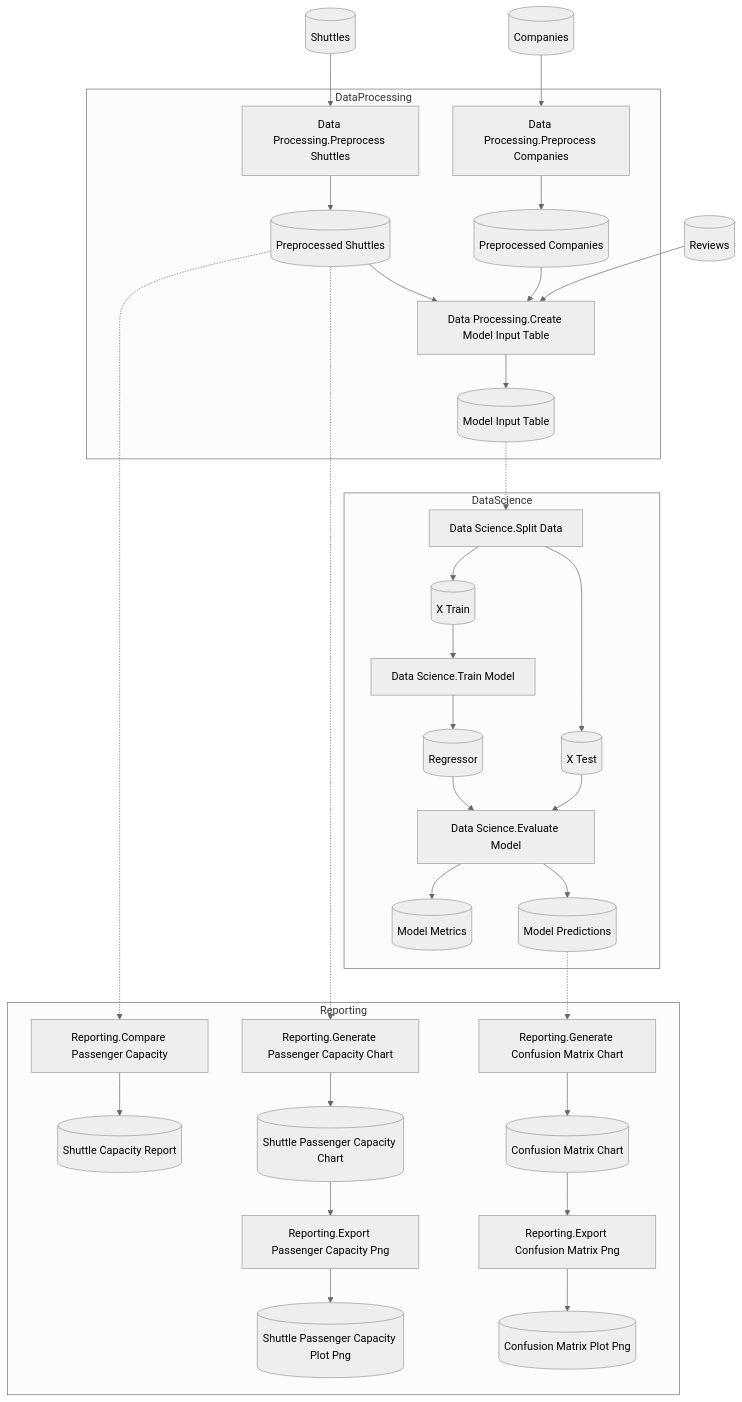
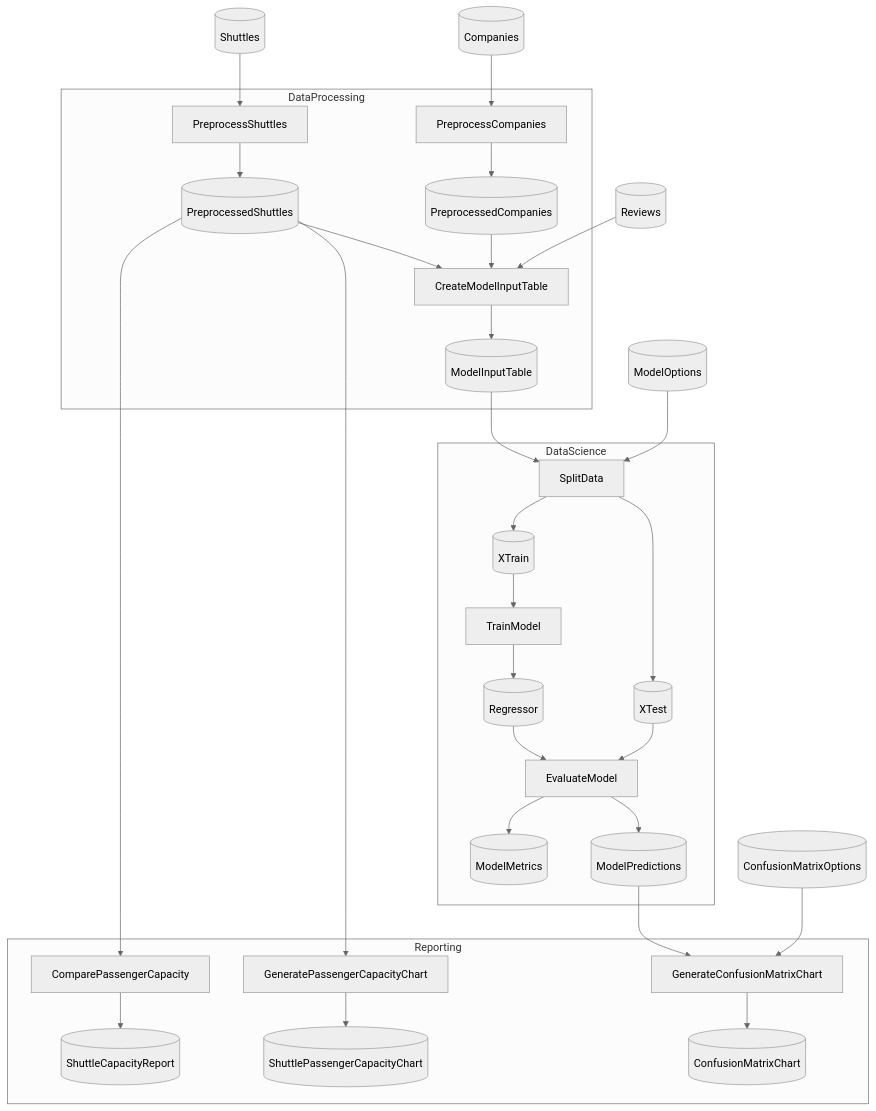
One commit to chaoticgoodcomputing/flowthru changed the diagram in examples/starter/KedroSpaceflights/README.md. Above: the diagram before and after it, drawn with Mermaid (neutral theme). The commit also changed other lines of this file and 75 other files, not shown here.

````diff
--- a/examples/starter/KedroSpaceflights/README.md
+++ b/examples/starter/KedroSpaceflights/README.md
@@ -24,75 +25,67 @@
 ```mermaid
 flowchart TB
 
     %% External Data Inputs
     Companies[("Companies")]
+    ConfusionMatrixOptions[("ConfusionMatrixOptions")]
+    ModelOptions[("ModelOptions")]
+    Reviews[("Reviews")]
     Shuttles[("Shuttles")]
-    Reviews[("Reviews")]
 
     subgraph DataProcessing["DataProcessing"]
-        DataProcessing_PreprocessCompanies["Data Processing.Preprocess Companies"]
-        DataProcessing_PreprocessShuttles["Data Processing.Preprocess Shuttles"]
-        DataProcessing_CreateModelInputTable["Data Processing.Create Model Input Table"]
-        PreprocessedCompanies[("Preprocessed Companies")]
-        PreprocessedShuttles[("Preprocessed Shuttles")]
-        ModelInputTable[("Model Input Table")]
-
-        DataProcessing_PreprocessCompanies --> PreprocessedCompanies
-        DataProcessing_PreprocessShuttles --> PreprocessedShuttles
-        PreprocessedShuttles --> DataProcessing_CreateModelInputTable
-        PreprocessedCompanies --> DataProcessing_CreateModelInputTable
-        DataProcessing_CreateModelInputTable --> ModelInputTable
+        PreprocessCompanies["PreprocessCompanies"]
+        PreprocessedCompanies[("PreprocessedCompanies")]
+        PreprocessShuttles["PreprocessShuttles"]
+        PreprocessedShuttles[("PreprocessedShuttles")]
+        CreateModelInputTable["CreateModelInputTable"]
+        ModelInputTable[("ModelInputTable")]
     end
 
     subgraph DataScience["DataScience"]
-        DataScience_SplitData["Data Science.Split Data"]
-        DataScience_TrainModel["Data Science.Train Model"]
-        DataScience_EvaluateModel["Data Science.Evaluate Model"]
-        XTrain[("X Train")]
-        XTest[("X Test")]
+        SplitData["SplitData"]
+        XTrain[("XTrain")]
+        XTest[("XTest")]
+        TrainModel["TrainModel"]
         Regressor[("Regressor")]
-        ModelMetrics[("Model Metrics")]
-        ModelPredictions[("Model Predictions")]
-
-        DataScience_SplitData --> XTrain
-        DataScience_SplitData --> XTest
-        XTrain --> DataScience_TrainModel
-        DataScience_TrainModel --> Regressor
-        Regressor --> DataScience_EvaluateModel
-        XTest --> DataScience_EvaluateModel
-        DataScience_EvaluateModel --> ModelMetrics
-        DataScience_EvaluateModel --> ModelPredictions
+        EvaluateModel["EvaluateModel"]
+        ModelMetrics[("ModelMetrics")]
+        ModelPredictions[("ModelPredictions")]
     end
 
     subgraph Reporting["Reporting"]
-        Reporting_ComparePassengerCapacity["Reporting.Compare Passenger Capacity"]
-        Reporting_GeneratePassengerCapacityChart["Reporting.Generate Passenger Capacity Chart"]
-        Reporting_ExportPassengerCapacityPng["Reporting.Export Passenger Capacity Png"]
-        Reporting_GenerateConfusionMatrixChart["Reporting.Generate Confusion Matrix Chart"]
-        Reporting_ExportConfusionMatrixPng["Reporting.Export Confusion Matrix Png"]
-        ShuttleCapacityReport[("Shuttle Capacity Report")]
-        ShuttlePassengerCapacityChart[("Shuttle Passenger Capacity Chart")]
-        ShuttlePassengerCapacityPlotPng[("Shuttle Passenger Capacity Plot Png")]
-        ConfusionMatrixChart[("Confusion Matrix Chart")]
-        ConfusionMatrixPlotPng[("Confusion Matrix Plot Png")]
-
-        Reporting_ComparePassengerCapacity --> ShuttleCapacityReport
-        Reporting_GeneratePassengerCapacityChart --> ShuttlePassengerCapacityChart
-        ShuttlePassengerCapacityChart --> Reporting_ExportPassengerCapacityPng
-        Reporting_ExportPassengerCapacityPng --> ShuttlePassengerCapacityPlotPng
-        Reporting_GenerateConfusionMatrixChart --> ConfusionMatrixChart
-        ConfusionMatrixChart --> Reporting_ExportConfusionMatrixPng
-        Reporting_ExportConfusionMatrixPng --> ConfusionMatrixPlotPng
+        ComparePassengerCapacity["ComparePassengerCapacity"]
+        ShuttleCapacityReport[("ShuttleCapacityReport")]
+        GeneratePassengerCapacityChart["GeneratePassengerCapacityChart"]
+        ShuttlePassengerCapacityChart[("ShuttlePassengerCapacityChart")]
+        GenerateConfusionMatrixChart["GenerateConfusionMatrixChart"]
+        ConfusionMatrixChart[("ConfusionMatrixChart")]
     end
 
-    %% External Data to Flow Edges
-    Companies --> DataProcessing_PreprocessCompanies
-    Shuttles --> DataProcessing_PreprocessShuttles
-    Reviews --> DataProcessing_CreateModelInputTable
+    %% Edges
+    Companies --> PreprocessCompanies
+    PreprocessCompanies --> PreprocessedCompanies
+    Shuttles --> PreprocessShuttles
+    PreprocessShuttles --> PreprocessedShuttles
+    PreprocessedShuttles --> CreateModelInputTable
+    PreprocessedCompanies --> CreateModelInputTable
+    Reviews --> CreateModelInputTable
+    CreateModelInputTable --> ModelInputTable
+    PreprocessedShuttles --> ComparePassengerCapacity
+    ComparePassengerCapacity --> ShuttleCapacityReport
+    PreprocessedShuttles --> GeneratePassengerCapacityChart
+    GeneratePassengerCapacityChart --> ShuttlePassengerCapacityChart
+    ModelInputTable --> SplitData
+    ModelOptions --> SplitData
+    SplitData --> XTrain
+    SplitData --> XTest
+    XTrain --> TrainModel
+    TrainModel --> Regressor
+    Regressor --> EvaluateModel
+    XTest --> EvaluateModel
+    EvaluateModel --> ModelMetrics
+    EvaluateModel --> ModelPredictions
+    ModelPredictions --> GenerateConfusionMatrixChart
+    ConfusionMatrixOptions --> GenerateConfusionMatrixChart
+    GenerateConfusionMatrixChart --> ConfusionMatrixChart
 
-    %% Cross-Flow Data Flow
-    PreprocessedShuttles -.-> Reporting_ComparePassengerCapacity
-    PreprocessedShuttles -.-> Reporting_GeneratePassengerCapacityChart
-    ModelInputTable -.-> DataScience_SplitData
-    ModelPredictions -.-> Reporting_GenerateConfusionMatrixChart
 ```
````
